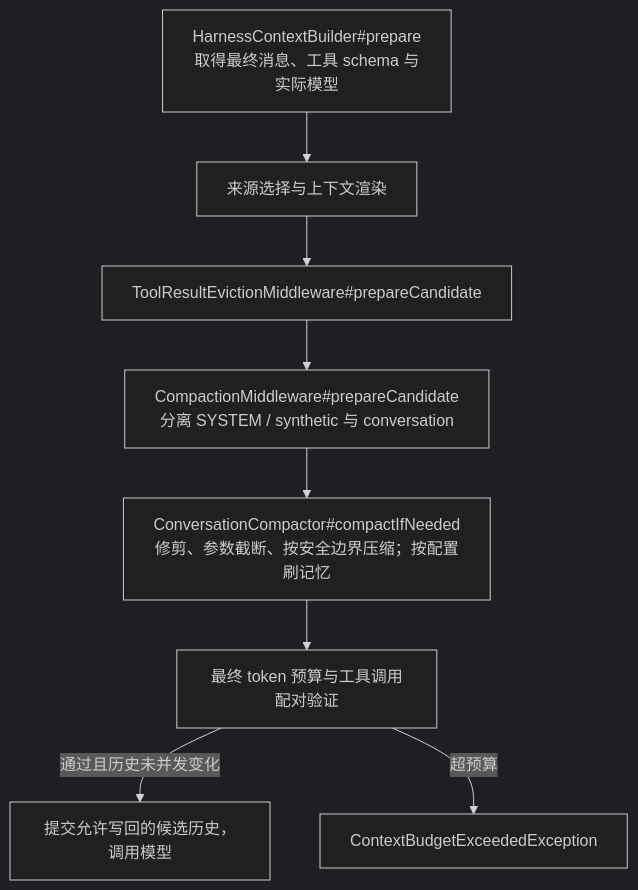
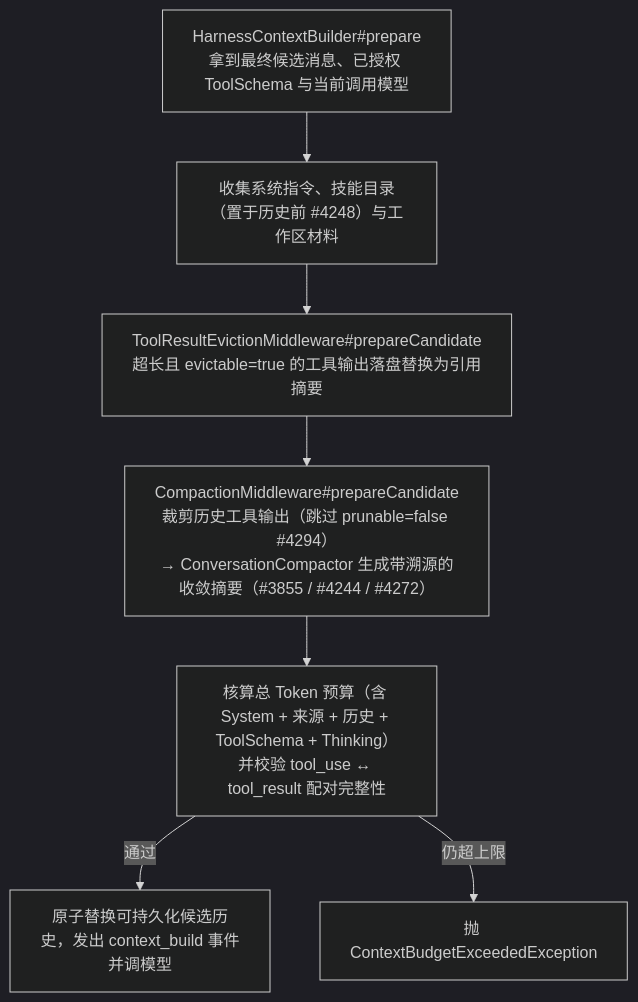
The fourth of 4 diagrams in 07-Harness工程化外壳.md (liulangjietou/AgentScope-source-analysis), drawn with Mermaid (dark theme) before and after one commit. The commit also changed other lines of this file and 14 other files, not shown here.

````diff
--- a/07-Harness工程化外壳.md
+++ b/07-Harness工程化外壳.md
@@ -98,10 +96,9 @@
 ```mermaid
 flowchart TB
-    FINAL["HarnessContextBuilder#prepare<br/>取得最终消息、工具 schema 与实际模型"] --> SEL["来源选择与上下文渲染"]
-    SEL --> EVICT["ToolResultEvictionMiddleware#prepareCandidate"]
-    EVICT --> COMPACT["CompactionMiddleware#prepareCandidate<br/>分离 SYSTEM / synthetic 与 conversation"]
-    COMPACT --> SUM["ConversationCompactor#compactIfNeeded<br/>修剪、参数截断、按安全边界压缩；按配置刷记忆"]
-    SUM --> CHECK["最终 token 预算与工具调用配对验证"]
-    CHECK -->|"通过且历史未并发变化"| APPLY["提交允许写回的候选历史，调用模型"]
-    CHECK -->|"超预算"| FAIL["ContextBudgetExceededException"]
+    PREP["HarnessContextBuilder#prepare<br/>拿到最终候选消息、已授权 ToolSchema 与当前调用模型"] --> MAT["收集系统指令、技能目录（置于历史前 #4248）与工作区材料"]
+    MAT --> EVICT["ToolResultEvictionMiddleware#prepareCandidate<br/>超长且 evictable=true 的工具输出落盘替换为引用摘要"]
+    EVICT --> COMP["CompactionMiddleware#prepareCandidate<br/>裁剪历史工具输出（跳过 prunable=false #4294）<br/>→ ConversationCompactor 生成带溯源的收敛摘要（#3855 / #4244 / #4272）"]
+    COMP --> VERIFY["核算总 Token 预算（含 System + 来源 + 历史 + ToolSchema + Thinking）<br/>并校验 tool_use ↔ tool_result 配对完整性"]
+    VERIFY -->|"通过"| OK["原子替换可持久化候选历史，发出 context_build 事件并调模型"]
+    VERIFY -->|"仍超上限"| EX["抛 ContextBudgetExceededException"]
 ```
````
